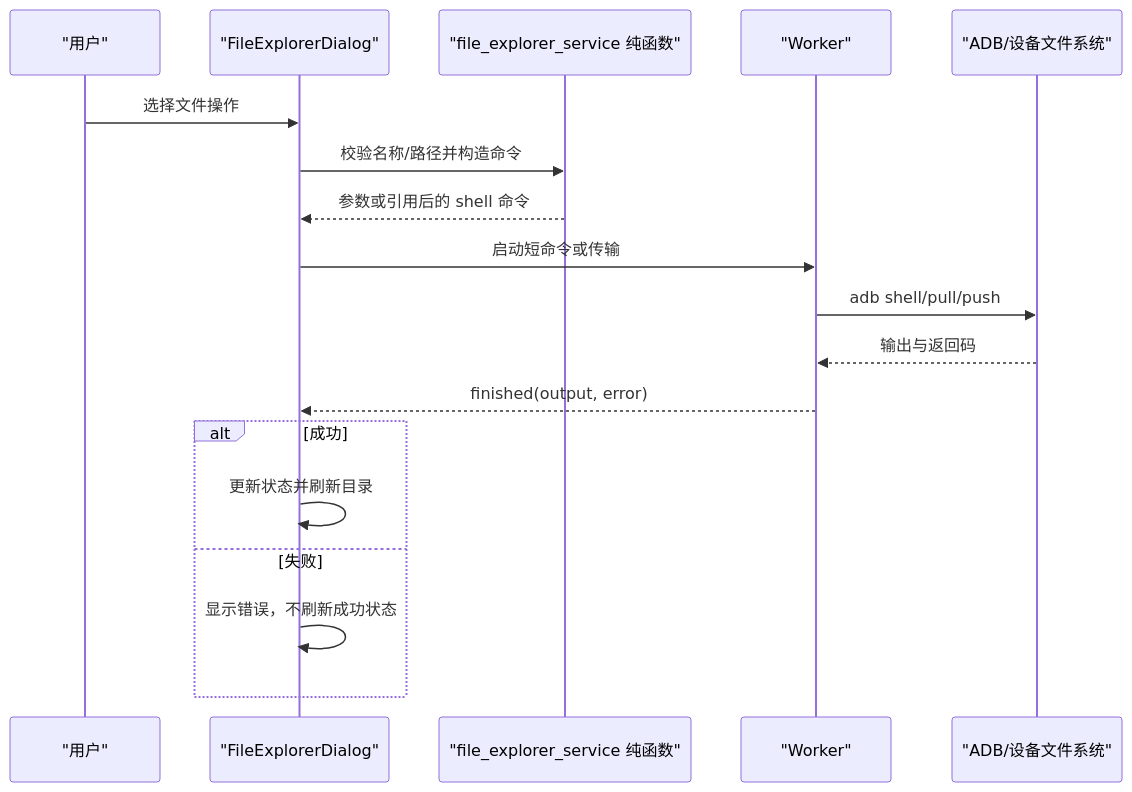
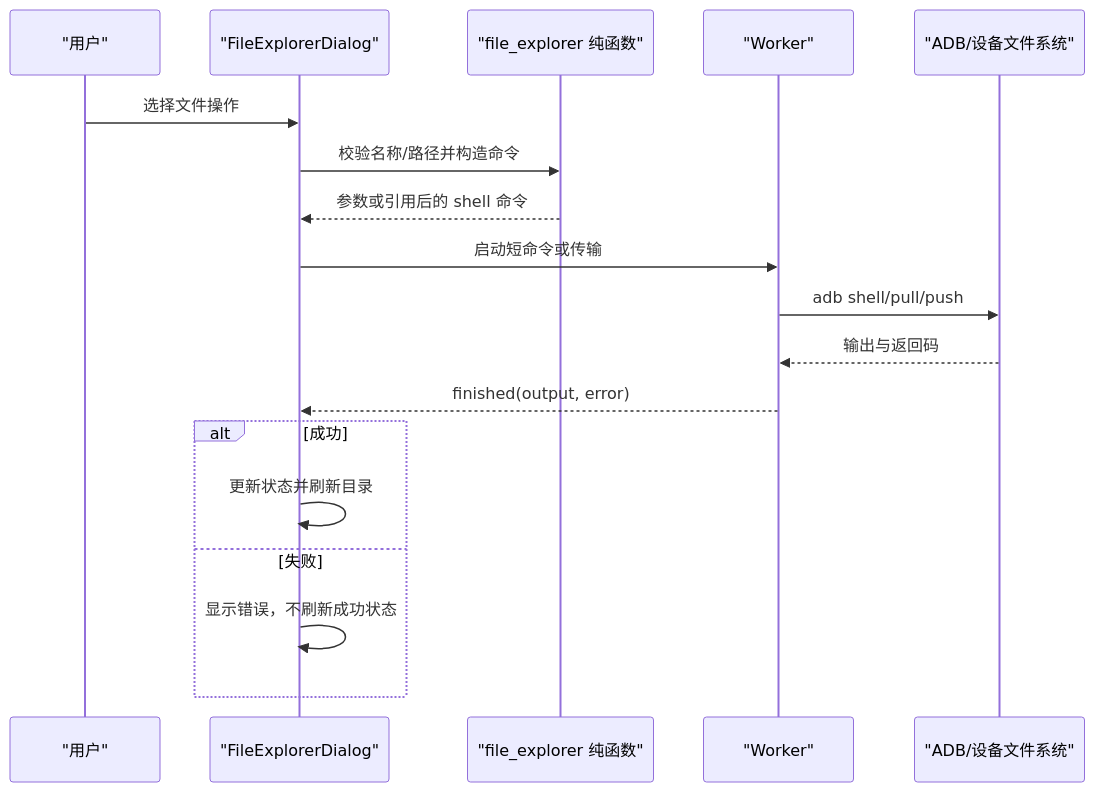
One commit to BlackHu-art/ADBLab changed the fifth of 6 diagrams in docs/project-knowledge/BUSINESS_FLOW.md. Above: the diagram before and after it, drawn with Mermaid. The commit also changed 7 other files, not shown here.

````diff
--- a/docs/project-knowledge/BUSINESS_FLOW.md
+++ b/docs/project-knowledge/BUSINESS_FLOW.md
@@ -178,21 +178,21 @@
 ```mermaid
 sequenceDiagram
     participant U as "用户"
     participant D as "FileExplorerDialog"
-    participant S as "file_explorer_service 纯函数"
+    participant S as "file_explorer 纯函数"
     participant W as "Worker"
     participant A as "ADB/设备文件系统"
 
     U->>D: 选择文件操作
     D->>S: 校验名称/路径并构造命令
     S-->>D: 参数或引用后的 shell 命令
     D->>W: 启动短命令或传输
     W->>A: adb shell/pull/push
     A-->>W: 输出与返回码
     W-->>D: finished(output, error)
     alt 成功
         D->>D: 更新状态并刷新目录
     else 失败
         D->>D: 显示错误，不刷新成功状态
     end
 ```
````
